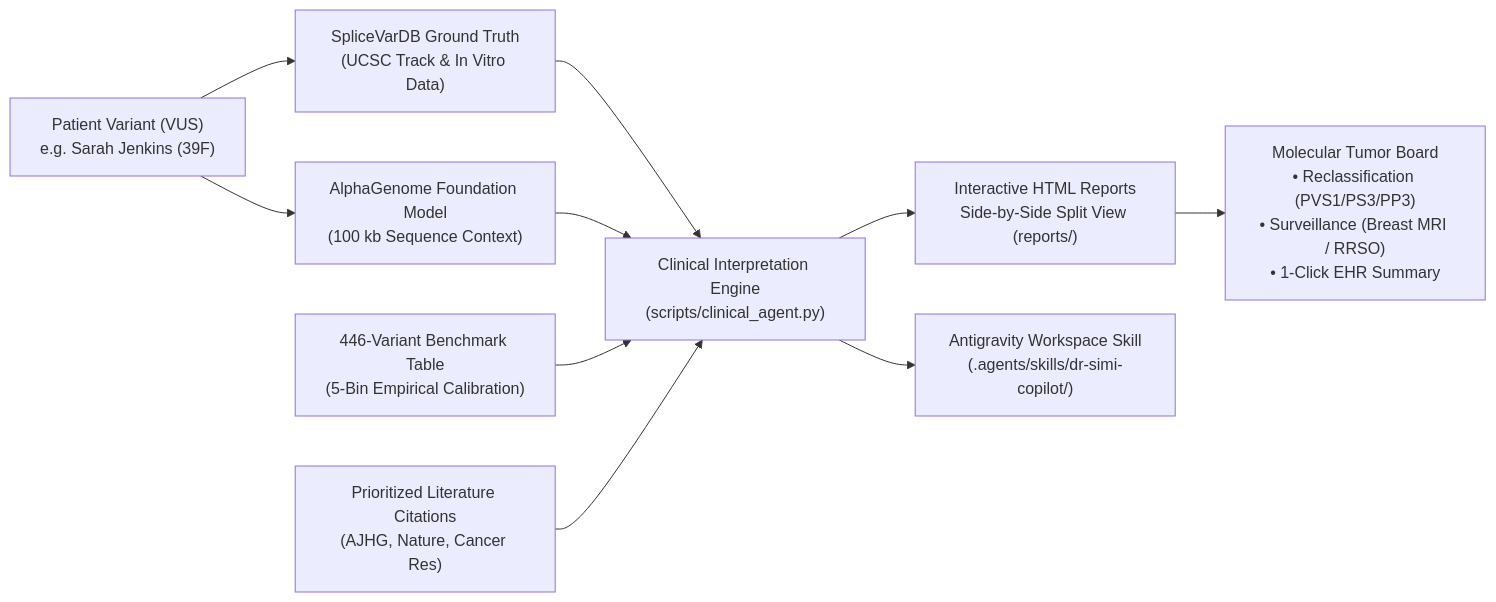
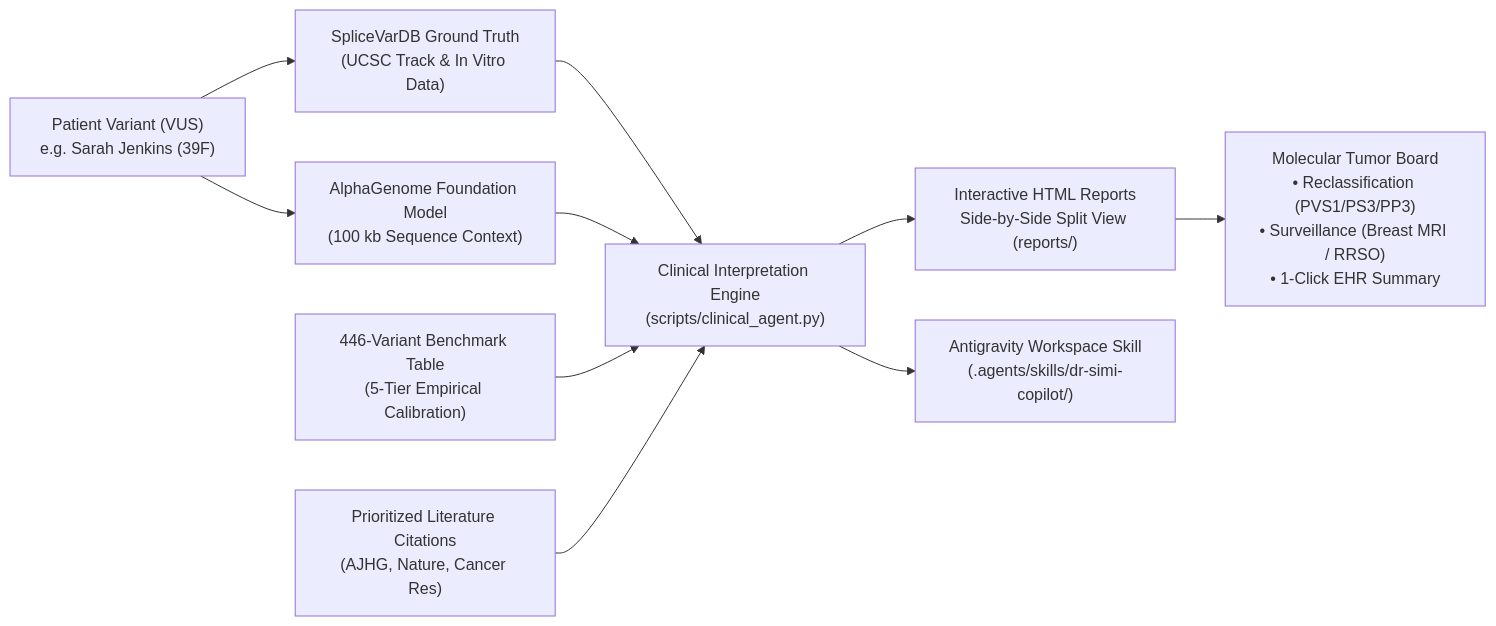
The diagram in README.md (Amisor/AlphaGenome_WomenInAI), drawn with Mermaid before and after one commit. The commit also changed other lines of this file and 16 other files, not shown here.

````diff
--- a/README.md
+++ b/README.md
@@ -55,16 +55,16 @@
 ```mermaid
 flowchart LR
     A["Patient Variant (VUS)<br/>e.g. Sarah Jenkins (39F)"] --> B["SpliceVarDB Ground Truth<br/>(UCSC Track &amp; In Vitro Data)"]
     A --> C["AlphaGenome Foundation Model<br/>(100 kb Sequence Context)"]
     
     B --> D["Clinical Interpretation Engine<br/>(scripts/clinical_agent.py)"]
     C --> D
     
-    E["446-Variant Benchmark Table<br/>(5-Bin Empirical Calibration)"] --> D
+    E["446-Variant Benchmark Table<br/>(5-Tier Empirical Calibration)"] --> D
     F["Prioritized Literature Citations<br/>(AJHG, Nature, Cancer Res)"] --> D
     
     D --> G["Interactive HTML Reports<br/>Side-by-Side Split View (reports/)"]
     D --> H["Antigravity Workspace Skill<br/>(.agents/skills/dr-simi-copilot/)"]
     
     G --> I["Molecular Tumor Board<br/>• Reclassification (PVS1/PS3/PP3)<br/>• Surveillance (Breast MRI / RRSO)<br/>• 1-Click EHR Summary"]
 ```
````
